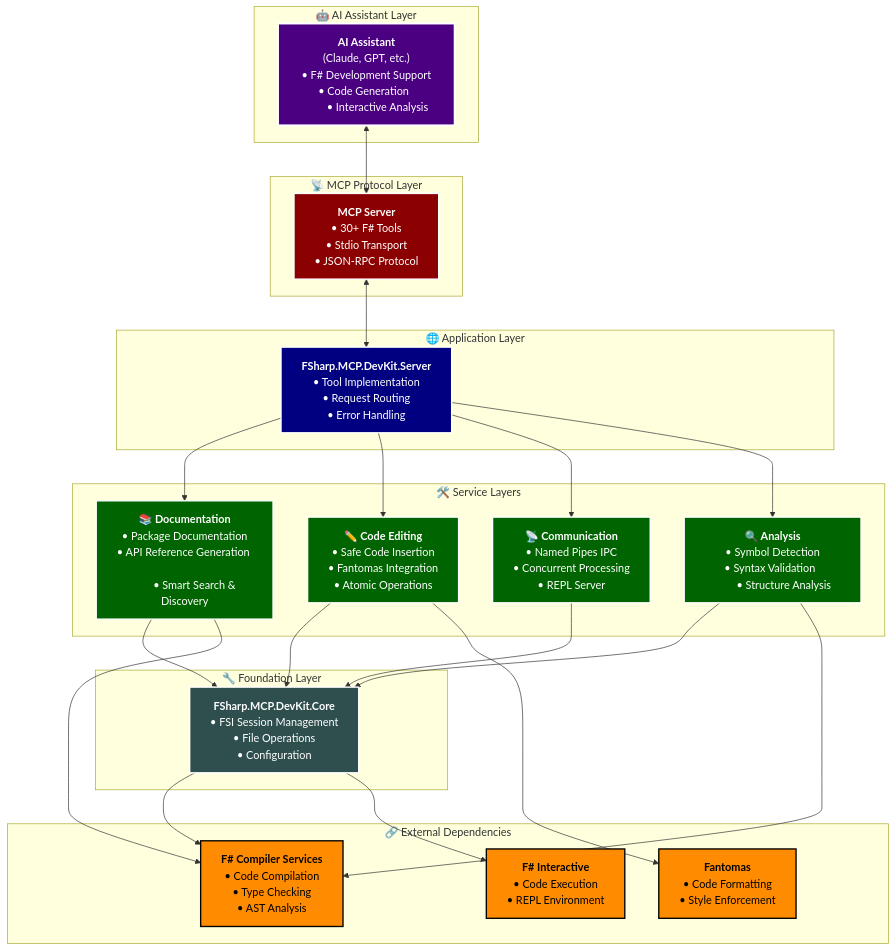
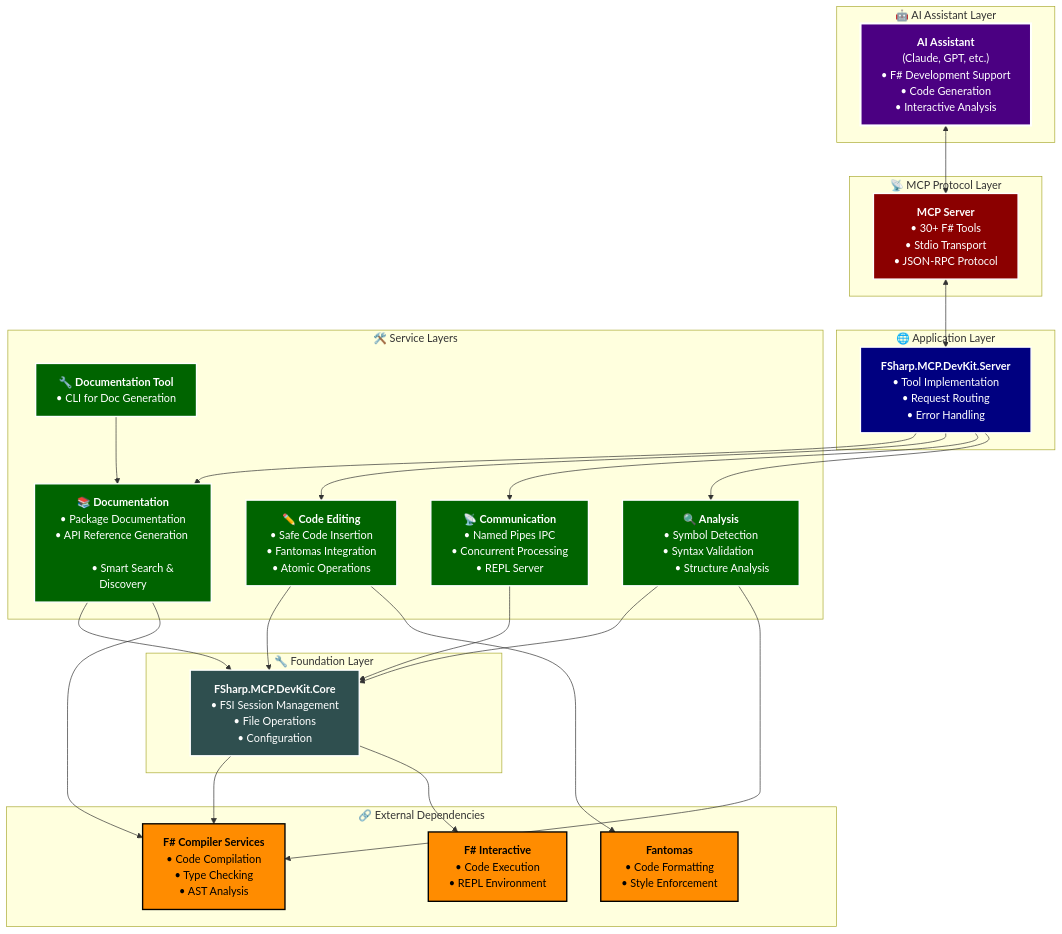
Before and after one commit to EHotwagner/FSharp.MCP.DevKit: the diagram in README.md, drawn with Mermaid.

Commit message:
add documentation tool section to README.md

````diff
--- a/README.md
+++ b/README.md
@@ -91,7 +91,7 @@
         Assistant["`**AI Assistant**
         (Claude, GPT, etc.)
         • F# Development Support
-        • Code Generation  
+        • Code Generation
         • Interactive Analysis`"]
     end
     
@@ -115,6 +115,9 @@
         • API Reference Generation  
         • Smart Search & Discovery`"]
         
+        DocumentationTool["`**🔧 Documentation Tool**
+        • CLI for Doc Generation`"]
+
         CodeEditing["`**✏️ Code Editing**
         • Safe Code Insertion
         • Fantomas Integration
@@ -161,6 +164,7 @@
     Server --> Communication
     Server --> Analysis
     Documentation --> Core
+    DocumentationTool --> Documentation
     CodeEditing --> Core
     Communication --> Core
     Analysis --> Core
@@ -183,7 +187,7 @@
     class Assistant aiLayer
     class MCPServer mcpLayer
     class Server appLayer
-    class Documentation,CodeEditing,Communication,Analysis serviceLayer
+    class Documentation,CodeEditing,Communication,Analysis,DocumentationTool serviceLayer
     class Core foundationLayer
     class FCS,Fantomas,FSI externalDep
 ```
````
